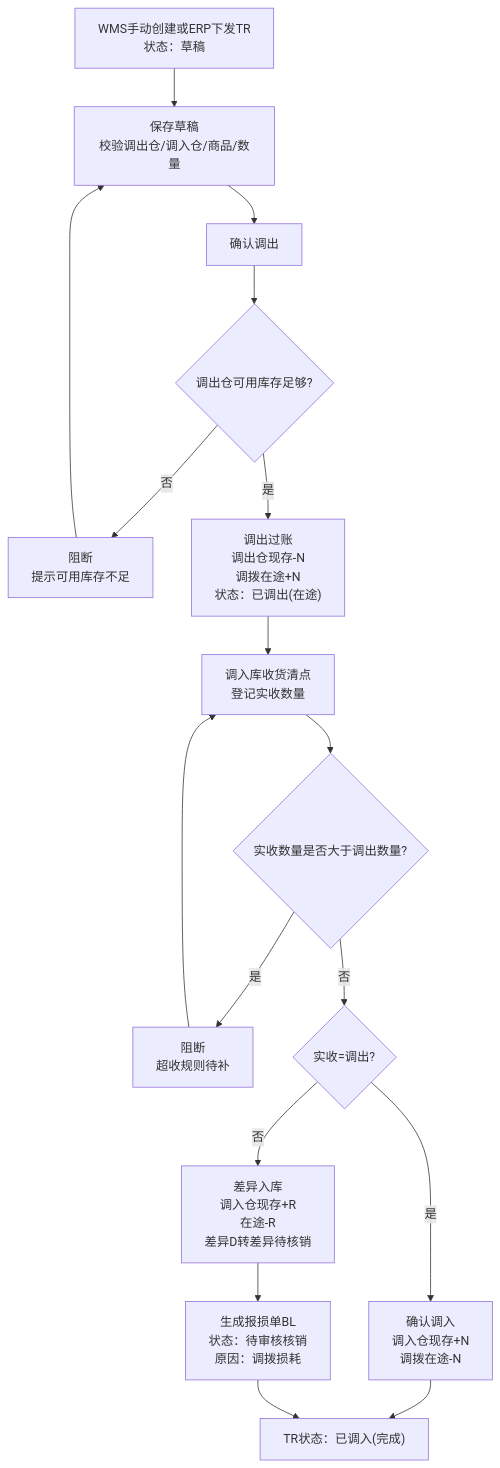
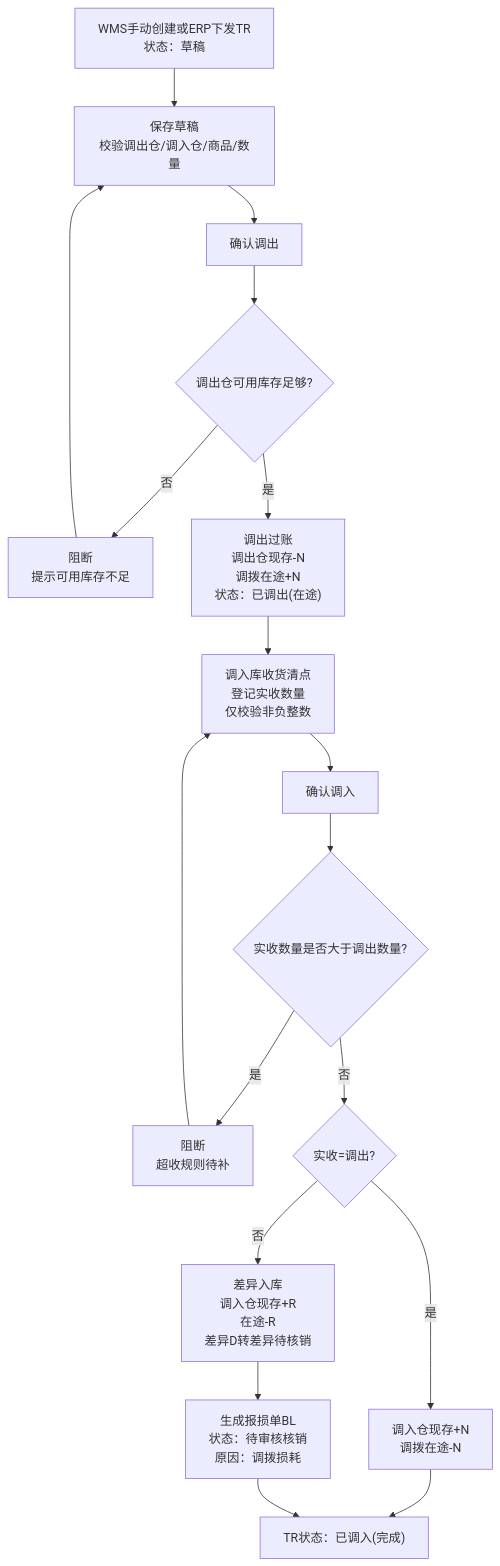
One commit to lophyJessica/forge-wms changed the first of 2 diagrams in prd-docs/调拨管理/调拨单/调拨单_业务流程推演.md. Above: the diagram before and after it, drawn with Mermaid. The commit also changed other lines of this file and 23 other files, not shown here.

````diff
--- a/prd-docs/调拨管理/调拨单/调拨单_业务流程推演.md
+++ b/prd-docs/调拨管理/调拨单/调拨单_业务流程推演.md
@@ -21,19 +21,20 @@
 ```mermaid
 flowchart TD
     A["WMS手动创建或ERP下发TR<br/>状态：草稿"] --> B["保存草稿<br/>校验调出仓/调入仓/商品/数量"]
     B --> C["确认调出"]
     C --> D{"调出仓可用库存足够?"}
     D -->|否| D1["阻断<br/>提示可用库存不足"]
     D1 --> B
     D -->|是| E["调出过账<br/>调出仓现存-N<br/>调拨在途+N<br/>状态：已调出(在途)"]
-    E --> F["调入库收货清点<br/>登记实收数量"]
-    F --> G{"实收数量是否大于调出数量?"}
-    G -->|是| G1["阻断<br/>超收规则待补"]
-    G1 --> F
-    G -->|否| H{"实收=调出?"}
-    H -->|是| I["确认调入<br/>调入仓现存+N<br/>调拨在途-N"]
-    H -->|否| J["差异入库<br/>调入仓现存+R<br/>在途-R<br/>差异D转差异待核销"]
-    J --> K["生成报损单BL<br/>状态：待审核核销<br/>原因：调拨损耗"]
-    I --> L["TR状态：已调入(完成)"]
-    K --> L
+    E --> F["调入库收货清点<br/>登记实收数量<br/>仅校验非负整数"]
+    F --> G["确认调入"]
+    G --> H{"实收数量是否大于调出数量?"}
+    H -->|是| H1["阻断<br/>超收规则待补"]
+    H1 --> F
+    H -->|否| I{"实收=调出?"}
+    I -->|是| J["调入仓现存+N<br/>调拨在途-N"]
+    I -->|否| K["差异入库<br/>调入仓现存+R<br/>在途-R<br/>差异D转差异待核销"]
+    K --> L["生成报损单BL<br/>状态：待审核核销<br/>原因：调拨损耗"]
+    J --> M["TR状态：已调入(完成)"]
+    L --> M
 ```
````
